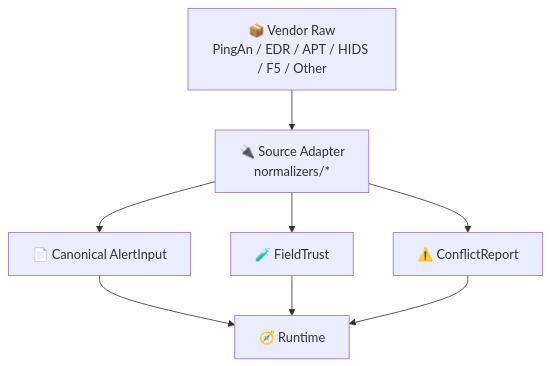
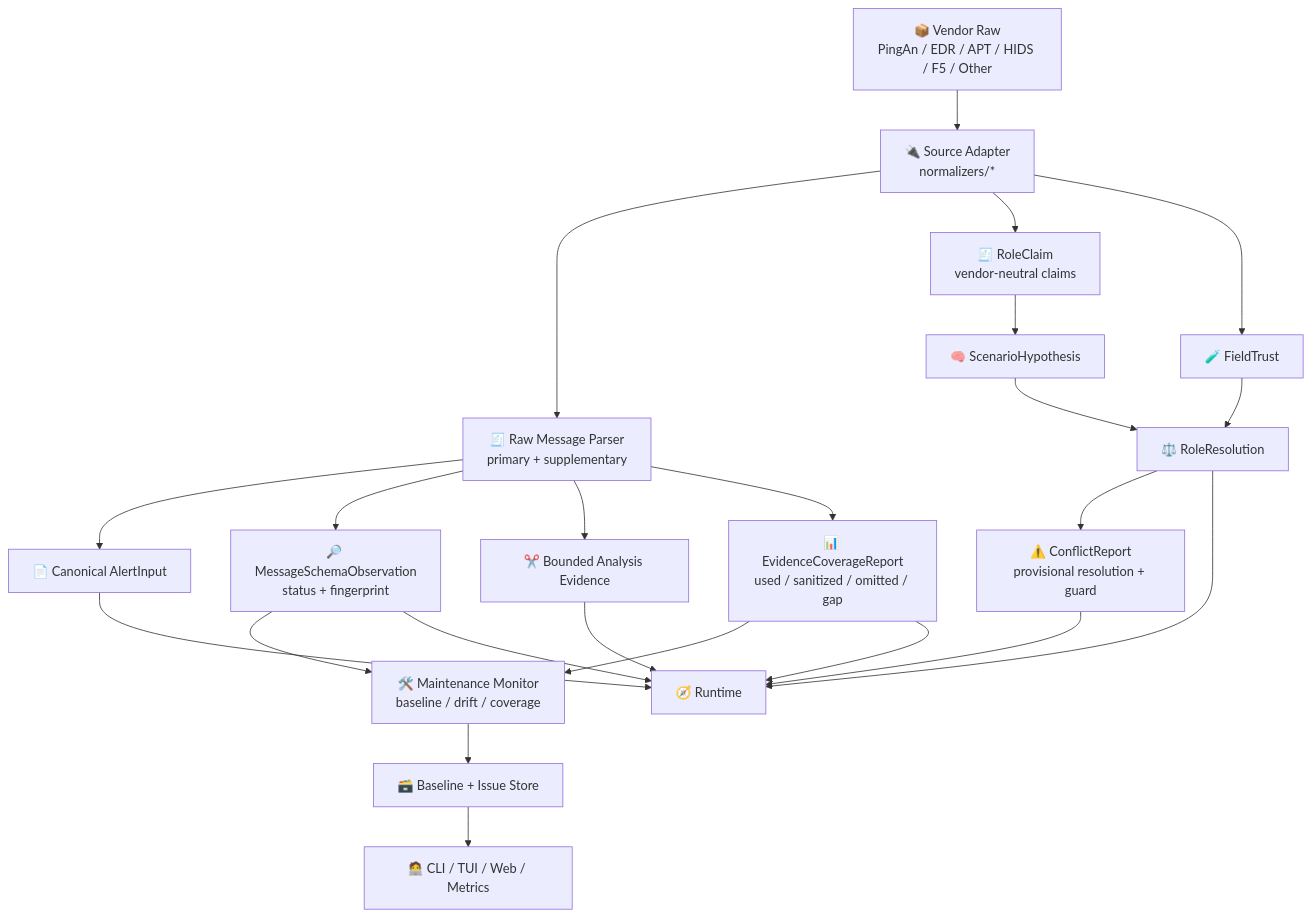
The fifth of 10 diagrams in .notes/ai_soc/soc-agent-solution.md (yydspanda/deer-flow), drawn with Mermaid before and after one commit. The commit also changed other lines of this file and 54 other files, not shown here.

````diff
--- a/.notes/ai_soc/soc-agent-solution.md
+++ b/.notes/ai_soc/soc-agent-solution.md
@@ -286,10 +364,25 @@
 ```mermaid
 flowchart TB
     RAW["📦 Vendor Raw<br/>PingAn / EDR / APT / HIDS / F5 / Other"] --> ADAPTER["🔌 Source Adapter<br/>normalizers/*"]
-    ADAPTER --> CANON["📄 Canonical AlertInput"]
+    ADAPTER --> PARSER["🧾 Raw Message Parser<br/>primary + supplementary"]
+    PARSER --> CANON["📄 Canonical AlertInput"]
+    PARSER --> SCHEMA["🔎 MessageSchemaObservation<br/>status + fingerprint"]
+    PARSER --> BOUNDED["✂️ Bounded Analysis Evidence"]
+    PARSER --> COVER["📊 EvidenceCoverageReport<br/>used / sanitized / omitted / gap"]
+    SCHEMA --> MONITOR["🛠️ Maintenance Monitor<br/>baseline / drift / coverage"]
+    COVER --> MONITOR
+    MONITOR --> MAINTDB["🗃️ Baseline + Issue Store"]
+    MAINTDB --> OPS["🧑‍💻 CLI / TUI / Web / Metrics"]
+    ADAPTER --> CLAIM["🧾 RoleClaim<br/>vendor-neutral claims"]
     ADAPTER --> TRUST["🧪 FieldTrust"]
-    ADAPTER --> CONFLICT["⚠️ ConflictReport"]
+    CLAIM --> SCENARIO["🧠 ScenarioHypothesis"]
+    SCENARIO --> RESOLVE["⚖️ RoleResolution"]
+    TRUST --> RESOLVE
+    RESOLVE --> CONFLICT["⚠️ ConflictReport<br/>provisional resolution + guard"]
     CANON --> RUNTIME["🧭 Runtime"]
-    TRUST --> RUNTIME
+    BOUNDED --> RUNTIME
+    SCHEMA --> RUNTIME
+    COVER --> RUNTIME
+    RESOLVE --> RUNTIME
     CONFLICT --> RUNTIME
 ```
````
